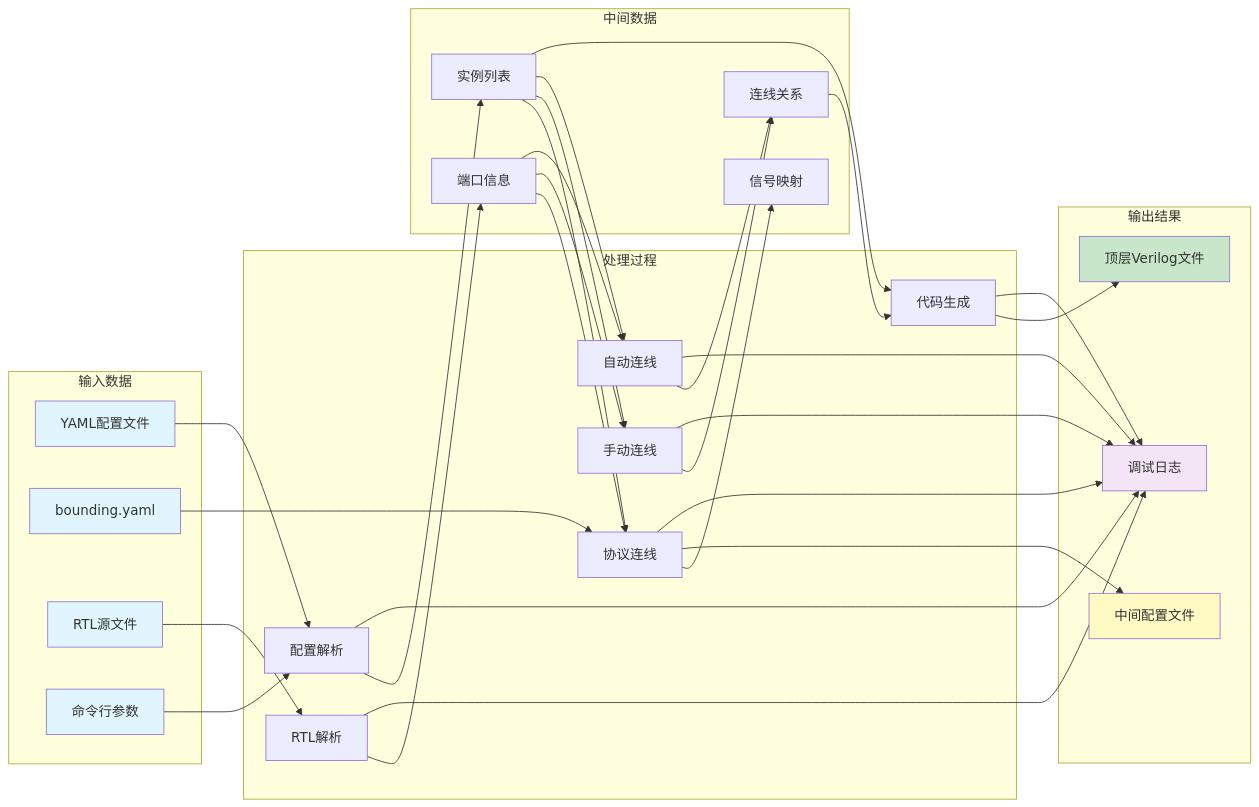
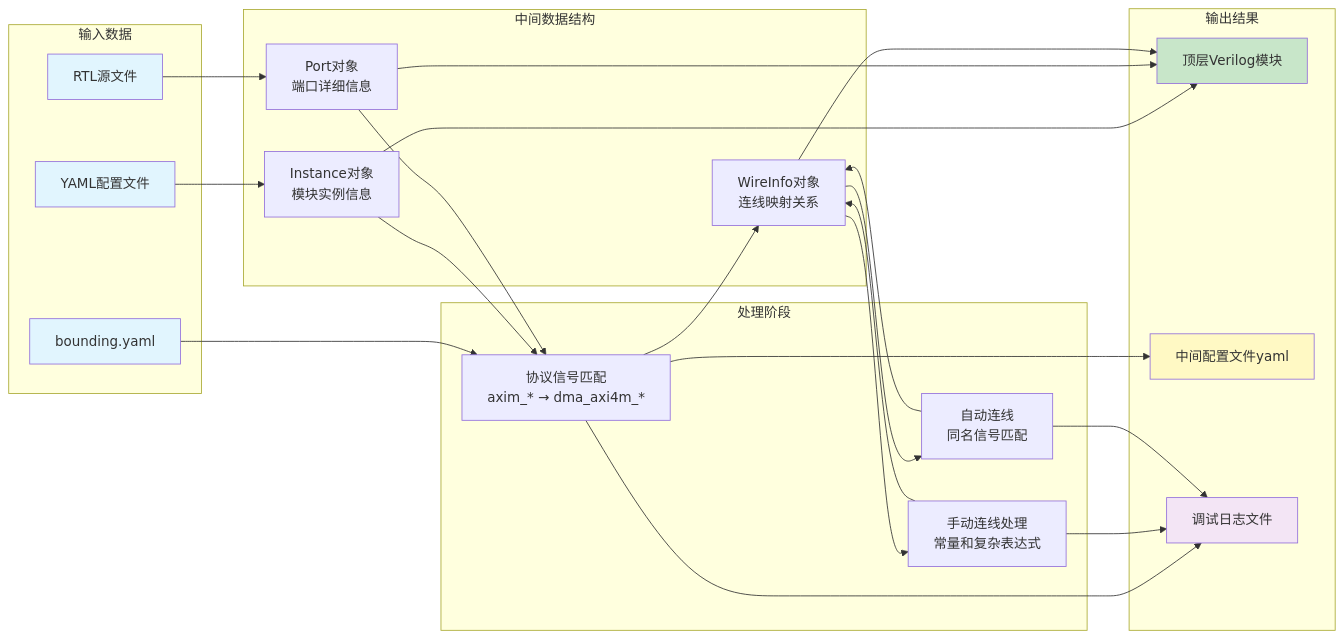
One commit to czz-zzc/autowire changed the third of 3 diagrams in README.md. Above: the diagram before and after it, drawn with Mermaid. The commit also changed other lines of this file, not shown here.

````diff
--- a/README.md
+++ b/README.md
@@ -793,69 +269,56 @@
 ```mermaid
 flowchart LR
     subgraph "输入数据"
         A1[YAML配置文件]
         A2[bounding.yaml]
         A3[RTL源文件]
-        A4[命令行参数]
     end
     
-    subgraph "处理过程"
-        B1[配置解析]
-        B2[RTL解析]
-        B3[协议连线]
-        B4[手动连线]
-        B5[自动连线]
-        B6[代码生成]
+    subgraph "中间数据结构"
+        B1[Instance对象<br/>模块实例信息]
+        B2[Port对象<br/>端口详细信息]
+        B3[WireInfo对象<br/>连线映射关系]
     end
     
-    subgraph "中间数据"
-        C1[实例列表]
-        C2[端口信息]
-        C3[信号映射]
-        C4[连线关系]
+    subgraph "处理阶段"
+        C1[协议信号匹配<br/>axim_* → dma_axi4m_*]
+        C2[手动连线处理<br/>常量和复杂表达式]
+        C3[自动连线<br/>同名信号匹配]
     end
     
     subgraph "输出结果"
-        D1[顶层Verilog文件]
-        D2[中间配置文件]
-        D3[调试日志]
+        D1[顶层Verilog模块]
+        D2[中间配置文件yaml]
+        D3[调试日志文件]
     end
     
     A1 --> B1
-    A2 --> B3
+    A2 --> C1
     A3 --> B2
-    A4 --> B1
     
     B1 --> C1
-    B2 --> C2
+    B2 --> C1
+    C1 --> B3
+    
+    B3 --> C2
+    C2 --> B3
+    
     B3 --> C3
-    B4 --> C4
-    B5 --> C4
+    C3 --> B3
     
-    C1 --> B3
-    C1 --> B4
-    C1 --> B5
-    C2 --> B3
-    C2 --> B4
-    C2 --> B5
+    B1 --> D1
+    B2 --> D1  
+    B3 --> D1
     
-    C1 --> B6
-    C4 --> B6
-    
-    B6 --> D1
-    B3 --> D2
-    B1 --> D3
-    B2 --> D3
-    B3 --> D3
-    B4 --> D3
-    B5 --> D3
-    B6 --> D3
+    C1 --> D2
+    C1 --> D3
+    C2 --> D3
+    C3 --> D3
     
     style A1 fill:#e1f5fe
     style A2 fill:#e1f5fe
     style A3 fill:#e1f5fe
-    style A4 fill:#e1f5fe
     style D1 fill:#c8e6c9
     style D2 fill:#fff9c4
     style D3 fill:#f3e5f5
 ```
````
